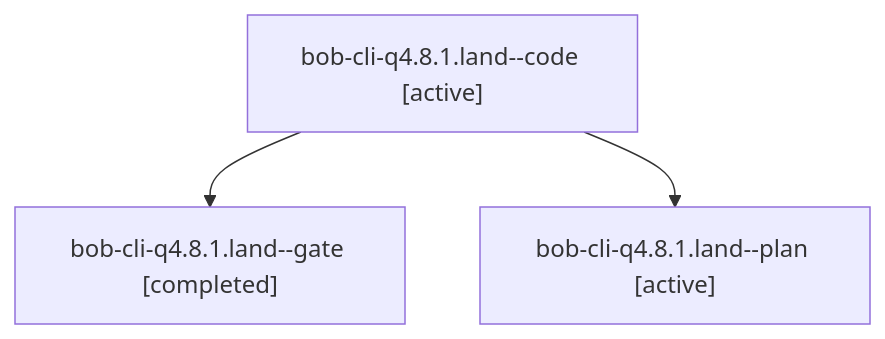
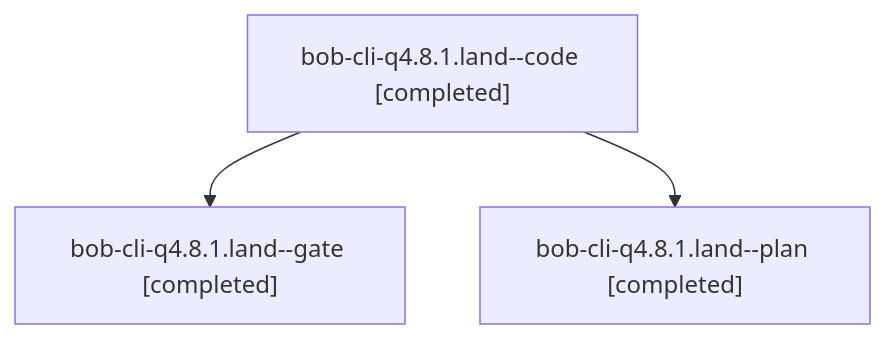
One commit to bobs-org/bob-cli--agents changed the diagram in sessions/bbugyi200.athena.bob-cli-q4.8.1.land.md. Above: the diagram before and after it, drawn with Mermaid. The commit also changed other lines of this file and 64 other files, not shown here.

````diff
--- a/sessions/bbugyi200.athena.bob-cli-q4.8.1.land.md
+++ b/sessions/bbugyi200.athena.bob-cli-q4.8.1.land.md
@@ -9,8 +9,8 @@
 ```mermaid
 flowchart TD
-  n0["bob-cli-q4.8.1.land--code [active]"]
+  n0["bob-cli-q4.8.1.land--code [completed]"]
   n1["bob-cli-q4.8.1.land--gate [completed]"]
   n0 --> n1
-  n2["bob-cli-q4.8.1.land--plan [active]"]
+  n2["bob-cli-q4.8.1.land--plan [completed]"]
   n0 --> n2
 ```
````
